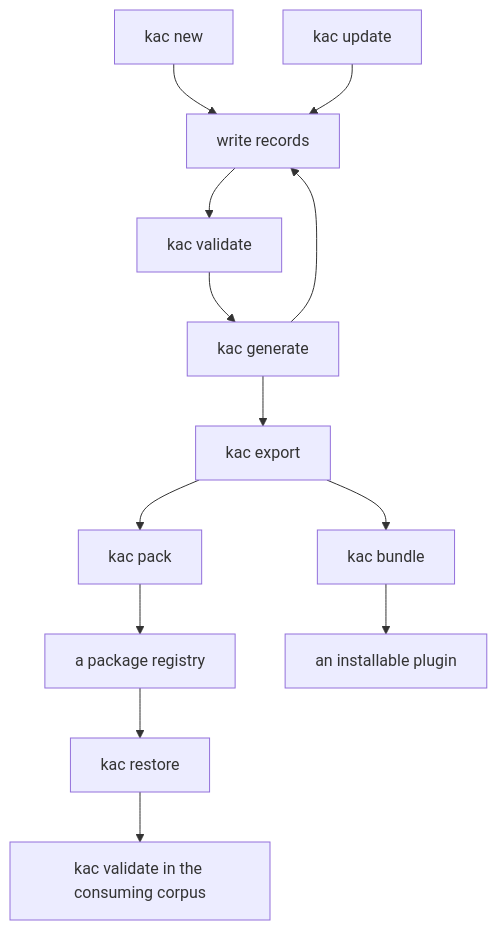
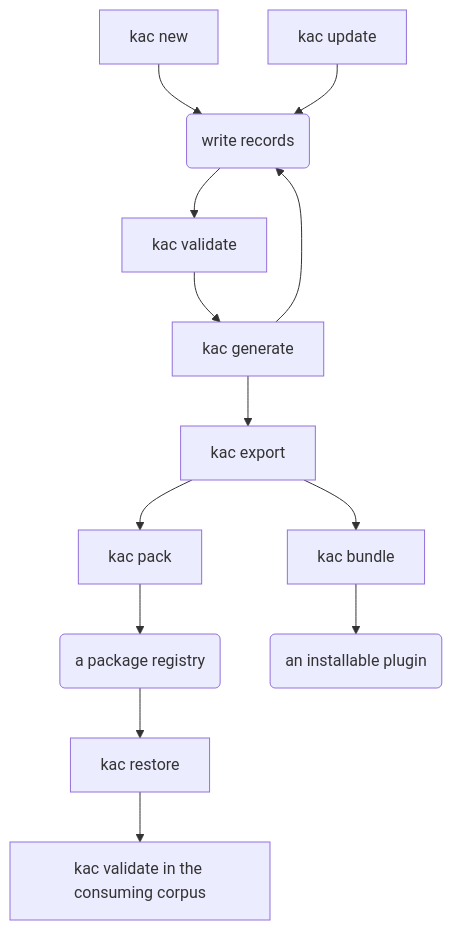
Before and after one commit to paul80nd/knowledge-as-code: the diagram in docs/cli/index.md, drawn with Mermaid. The commit also changed other lines of this file and 2 other files, not shown here.

Commit message:
Tell a command from the rest of the chart by its shape
A reader scanning the flow chart had nothing separating `kac export` from
"a package registry" but the words inside the box.

Shape rather than colour. Colour alone says nothing to a reader who cannot see
it, and a fill that reads on a light background reads as a hole on a dark one.
A square box is a command and a rounded one is not, which survives both themes
and needs no palette kept in step with two renderers.

The convention is asserted, because a node added in the wrong shape is
invisible to every other check on this page and the distinction only works
while every node keeps it. Confirmed to fail before it was kept.

Node shapes turn out to sit outside the rule the corpus diagrams follow. That
rule names three things, and shapes are not among them: nothing has ever held
an Azure DevOps wiki to one, because the generator draws every node as `[...]`
and never asked. `docs/design/generation.md` now says so, along with the plainer
point that a diagram on the documentation site is free of the rule entirely,
since no wiki reads one.

Claude-Session: https://claude.ai/code/session_01M44SZTuo4iZbN7S1oepQd4

````diff
--- a/docs/cli/index.md
+++ b/docs/cli/index.md
@@ -33,27 +35,27 @@
 ```mermaid
 graph TD;
   new[kac new];
-  write[write records];
+  write(write records);
   validate[kac validate];
   generate[kac generate];
   update[kac update];
   export[kac export];
   bundle[kac bundle];
   pack[kac pack];
-  registry[a package registry];
+  registry(a package registry);
   restore[kac restore];
   consumer[kac validate in the consuming corpus];
-  plugin[an installable plugin];
+  plugin(an installable plugin);
   new --> write;
   write --> validate;
   validate --> generate;
   generate --> write;
   update --> write;
   generate --> export;
   export --> bundle;
   bundle --> plugin;
   export --> pack;
   pack --> registry;
   registry --> restore;
   restore --> consumer;
 ```
````
